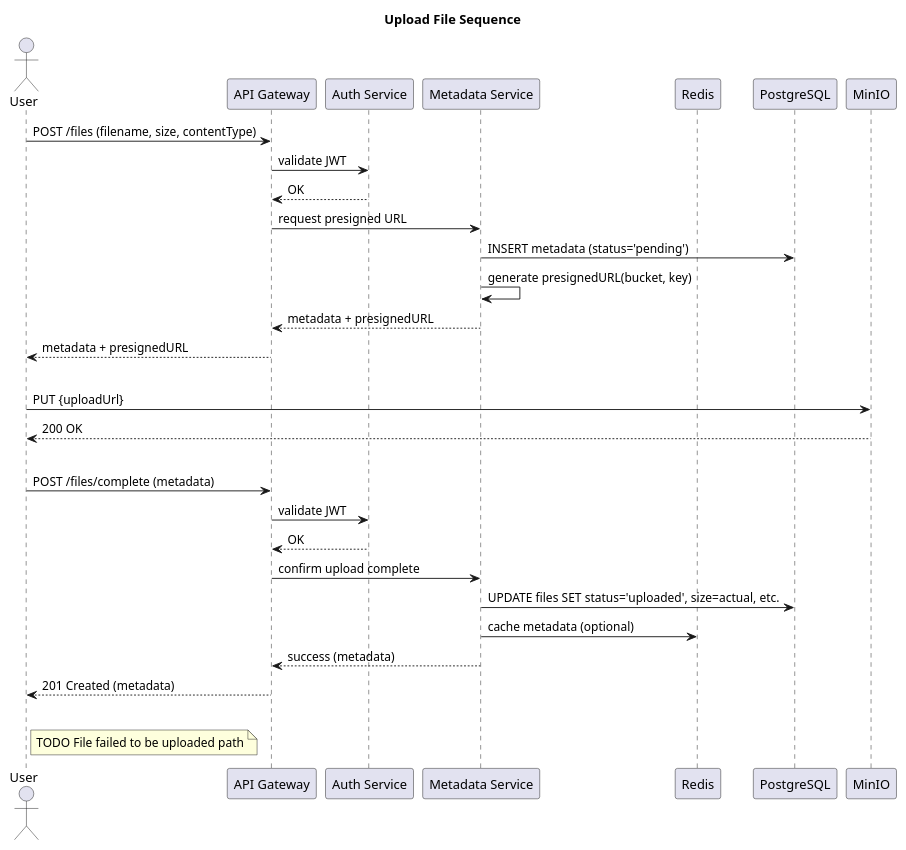
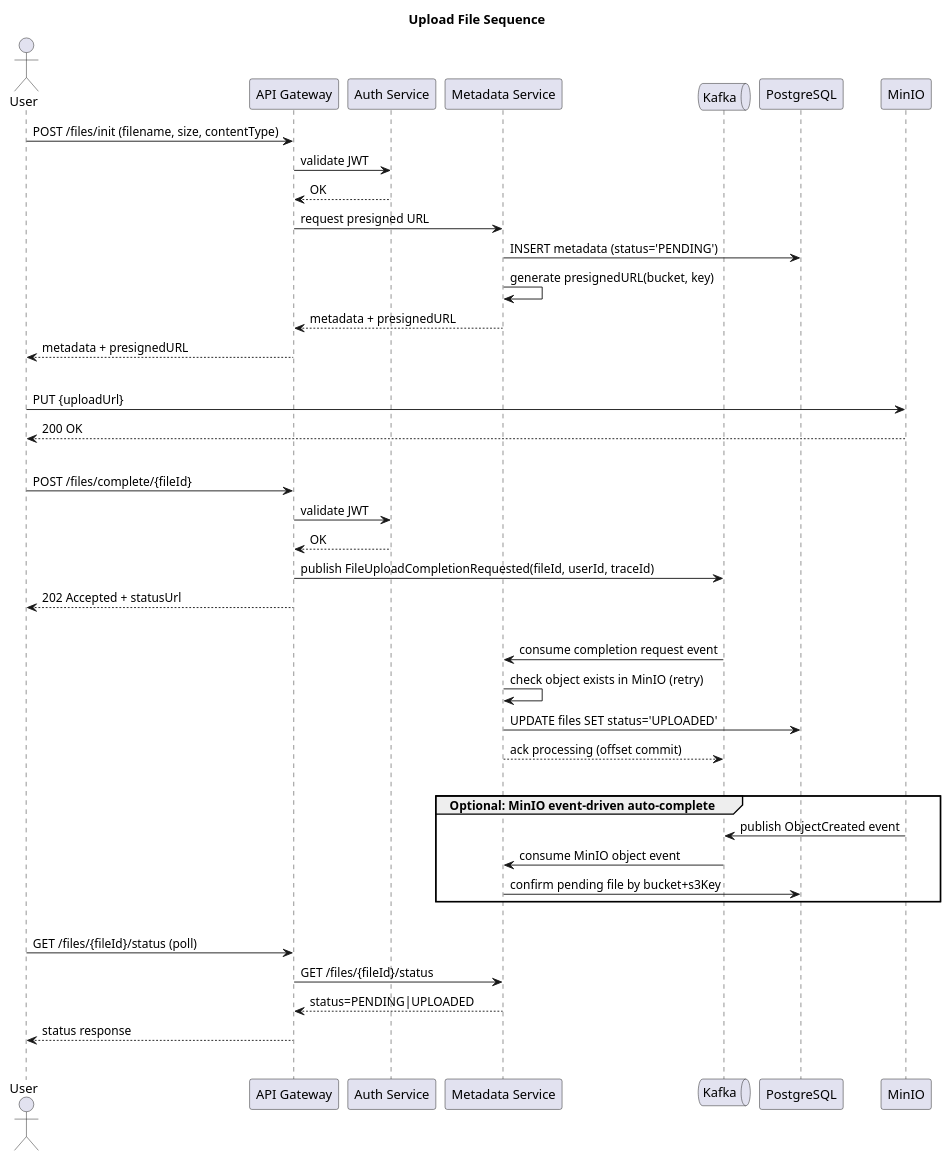
One commit to AndreiIauchuk/dropvox changed the diagram in diagrams/upload_flow_seq.puml. Above: the diagram before and after it, drawn with PlantUML. The commit also changed 19 other files, not shown here.

Commit message:
integrate Kafka for asynchronous upload confirmation via event-driven processing and MinIO notifications

```diff
--- a/diagrams/upload_flow_seq.puml
+++ b/diagrams/upload_flow_seq.puml
@@ -1,35 +1,46 @@
 @startuml upload_file_seq
 title Upload File Sequence
 
 actor "User" as user
 participant "API Gateway" as gate
 participant "Auth Service" as auth
 participant "Metadata Service" as metadata
-participant "Redis" as redis
+queue "Kafka" as kafka
 participant "PostgreSQL" as db
 participant "MinIO" as s3
 
-user -> gate: POST /files (filename, size, contentType)
+user -> gate: POST /files/init (filename, size, contentType)
 gate -> auth: validate JWT
 auth --> gate: OK
 gate -> metadata: request presigned URL
-metadata -> db: INSERT metadata (status='pending')
+metadata -> db: INSERT metadata (status='PENDING')
 metadata -> metadata: generate presignedURL(bucket, key)
 metadata --> gate: metadata + presignedURL
 gate --> user: metadata + presignedURL
 |||
 user -> s3: PUT {uploadUrl}
 s3 --> user: 200 OK
 |||
-user -> gate: POST /files/complete (metadata)
+user -> gate: POST /files/complete/{fileId}
 gate -> auth: validate JWT
 auth --> gate: OK
-gate -> metadata: confirm upload complete
-metadata -> db: UPDATE files SET status='uploaded', size=actual, etc.
-metadata -> redis: cache metadata (optional)
-metadata --> gate: success (metadata)
-gate --> user: 201 Created (metadata)
+gate -> kafka: publish FileUploadCompletionRequested(fileId, userId, traceId)
+gate --> user: 202 Accepted + statusUrl
 |||
-
-note right of user : TODO File failed to be uploaded path
+kafka -> metadata: consume completion request event
+metadata -> metadata: check object exists in MinIO (retry)
+metadata -> db: UPDATE files SET status='UPLOADED'
+metadata --> kafka: ack processing (offset commit)
+|||
+group Optional: MinIO event-driven auto-complete
+  s3 -> kafka: publish ObjectCreated event
+  kafka -> metadata: consume MinIO object event
+  metadata -> db: confirm pending file by bucket+s3Key
+end
+|||
+user -> gate: GET /files/{fileId}/status (poll)
+gate -> metadata: GET /files/{fileId}/status
+metadata --> gate: status=PENDING|UPLOADED
+gate --> user: status response
+|||
 @enduml
```
